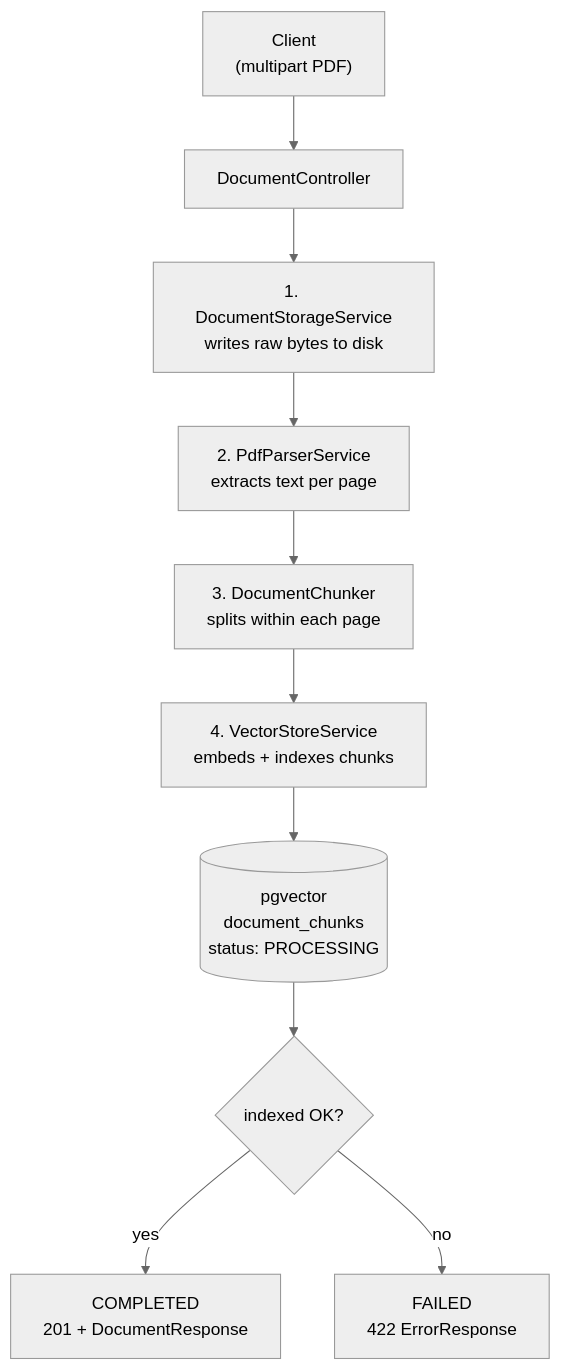
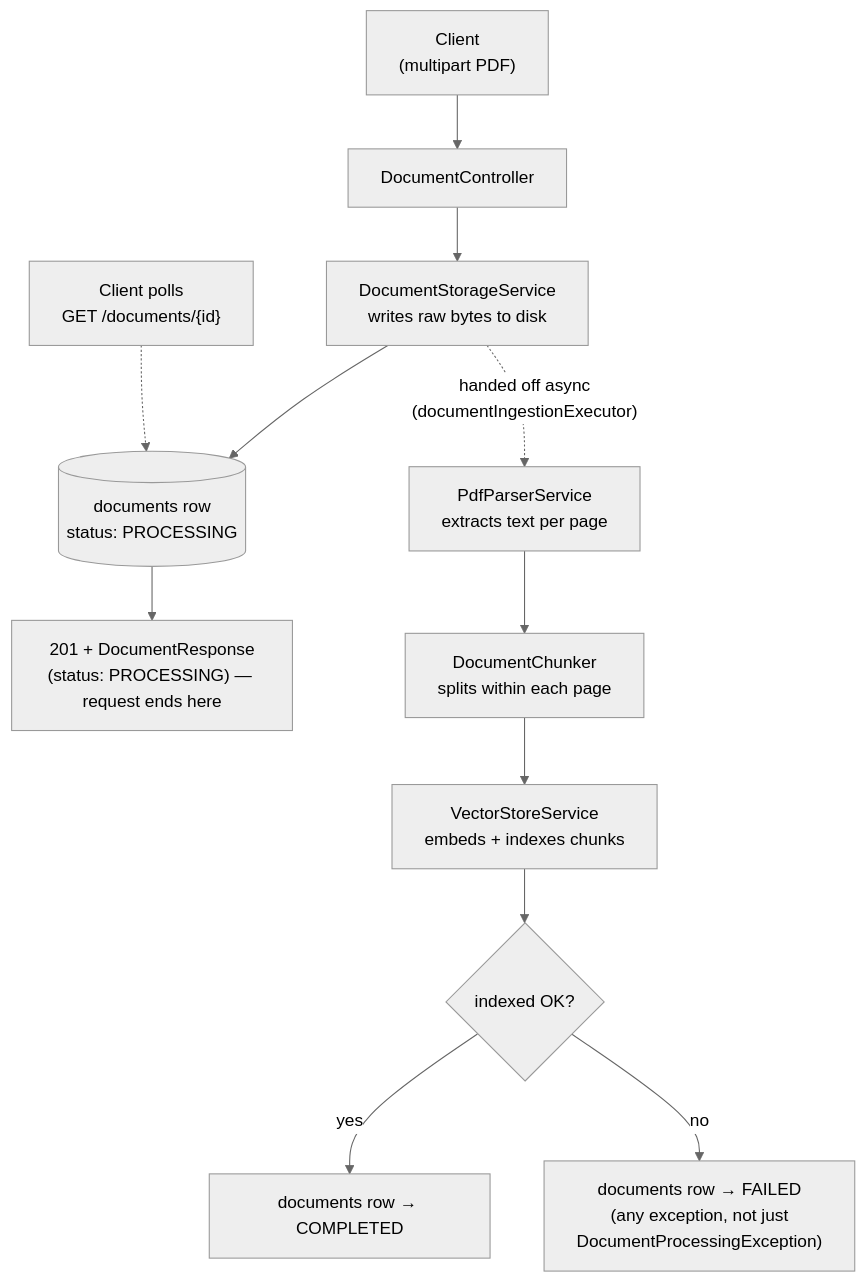
The fourth of 5 diagrams in docs/architecture.md (rensilver/ai-knowledge-assistant), drawn with Mermaid (neutral theme) before and after one commit. The commit also changed other lines of this file and 22 other files, not shown here.

````diff
--- a/docs/architecture.md
+++ b/docs/architecture.md
@@ -96,12 +97,16 @@
 ```mermaid
 flowchart TD
     Client["Client\n(multipart PDF)"] --> Ctrl[DocumentController]
-    Ctrl --> Storage["1. DocumentStorageService\nwrites raw bytes to disk"]
-    Storage --> Parser["2. PdfParserService\nextracts text per page"]
-    Parser --> Chunker["3. DocumentChunker\nsplits within each page"]
-    Chunker --> Vector["4. VectorStoreService\nembeds + indexes chunks"]
-    Vector --> PG[("pgvector\ndocument_chunks\nstatus: PROCESSING")]
-    PG --> Decision{indexed OK?}
-    Decision -- yes --> Completed["COMPLETED\n201 + DocumentResponse"]
-    Decision -- no --> Failed["FAILED\n422 ErrorResponse"]
+    Ctrl --> Storage["DocumentStorageService\nwrites raw bytes to disk"]
+    Storage --> Row[("documents row\nstatus: PROCESSING")]
+    Row --> Resp["201 + DocumentResponse\n(status: PROCESSING) — request ends here"]
+
+    Storage -. "handed off async\n(documentIngestionExecutor)" .-> Parser["PdfParserService\nextracts text per page"]
+    Parser --> Chunker["DocumentChunker\nsplits within each page"]
+    Chunker --> Vector["VectorStoreService\nembeds + indexes chunks"]
+    Vector --> Decision{indexed OK?}
+    Decision -- yes --> Completed["documents row → COMPLETED"]
+    Decision -- no --> Failed["documents row → FAILED\n(any exception, not just\nDocumentProcessingException)"]
+
+    Poll["Client polls\nGET /documents/{id}"] -.-> Row
 ```
````
